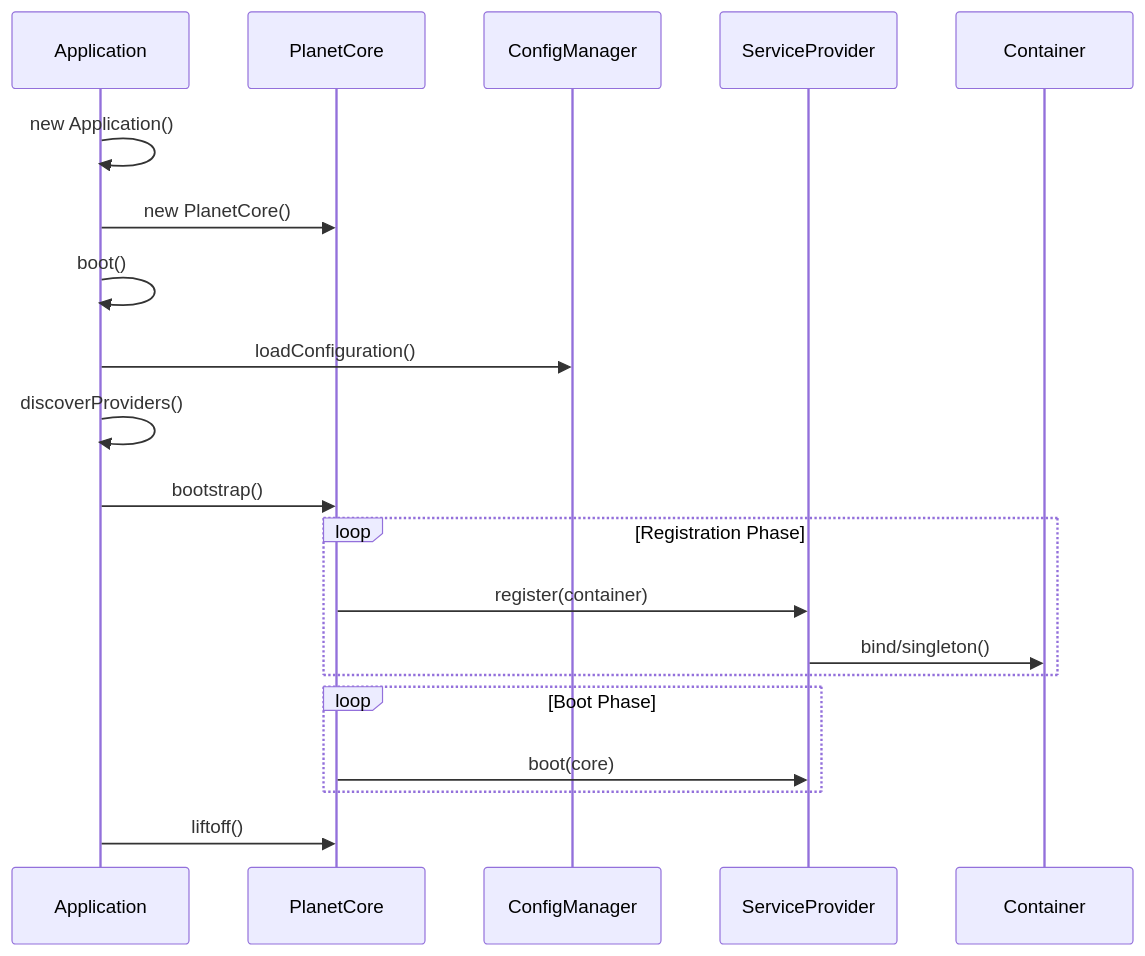
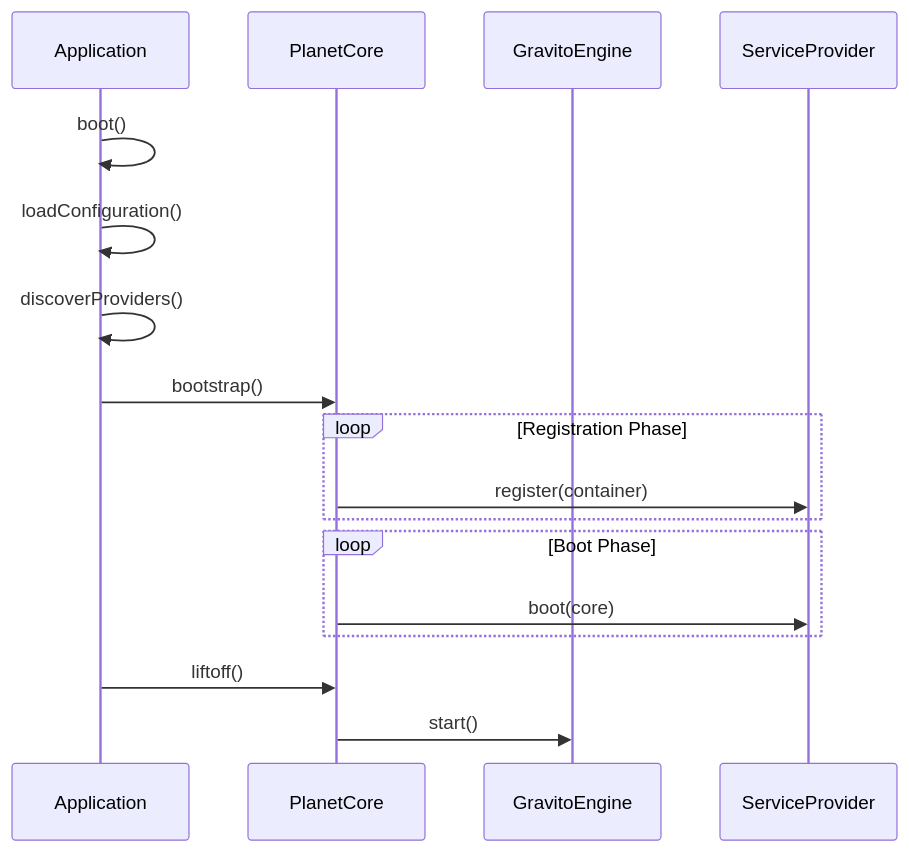
One commit to CarlLee1983/gravito changed the diagram in docs/architecture/core.md. Above: the diagram before and after it, drawn with Mermaid. The commit also changed other lines of this file and 5 other files, not shown here.

Commit message:
docs: update architecture specifications for all core packages

````diff
--- a/docs/architecture/core.md
+++ b/docs/architecture/core.md
@@ -38,28 +40,24 @@
 ```mermaid
 sequenceDiagram
     participant App as Application
     participant Core as PlanetCore
-    participant Config as ConfigManager
+    participant Engine as GravitoEngine
     participant Provider as ServiceProvider
-    participant Container as Container
-
-    App->>App: new Application()
-    App->>Core: new PlanetCore()
     
     App->>App: boot()
-    App->>Config: loadConfiguration()
+    App->>App: loadConfiguration()
     App->>App: discoverProviders()
     
     App->>Core: bootstrap()
     
     loop Registration Phase
         Core->>Provider: register(container)
-        Provider->>Container: bind/singleton()
     end
     
     loop Boot Phase
         Core->>Provider: boot(core)
     end
     
     App->>Core: liftoff()
+    Core->>Engine: start()
 ```
````
